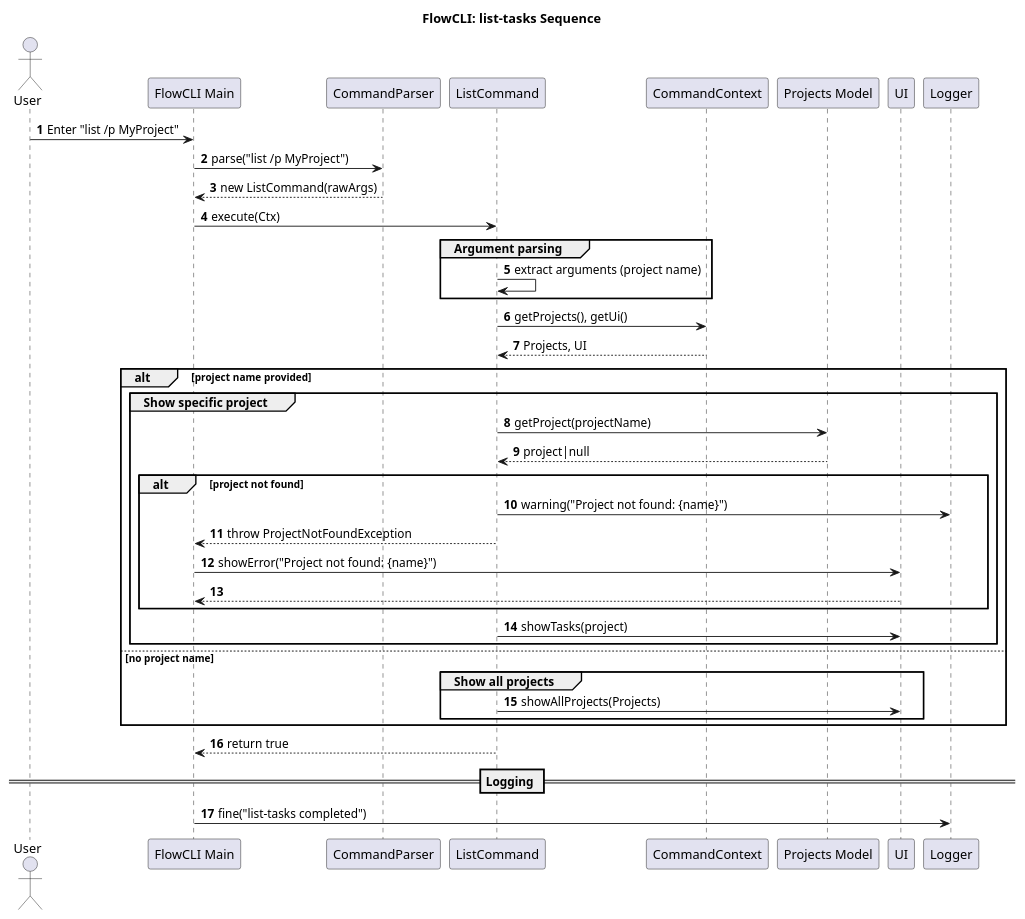
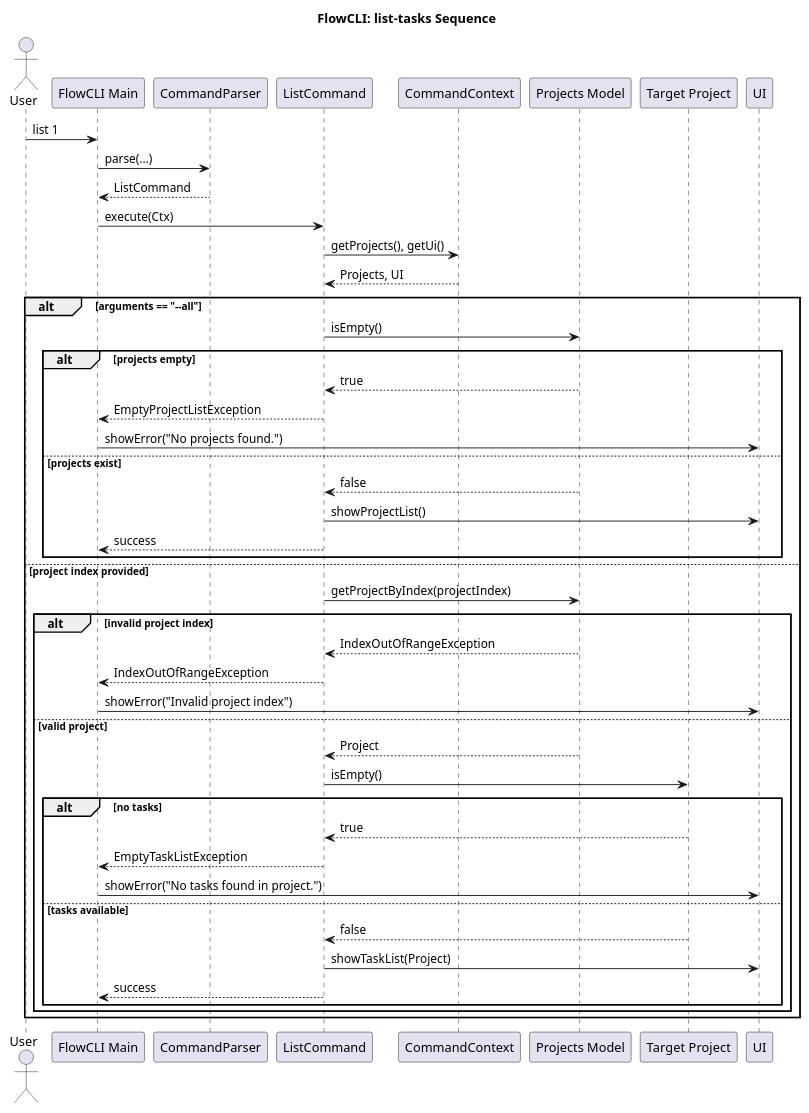
One commit to sean6369/tp changed the diagram in docs/plantUML/task-management/list-tasks-sequence-diagram.puml. Above: the diagram before and after it, drawn with PlantUML. The commit also changed 9 other files, not shown here.

Commit message:
update task mgmt plantUML diagrams

```diff
--- a/docs/plantUML/task-management/list-tasks-sequence-diagram.puml
+++ b/docs/plantUML/task-management/list-tasks-sequence-diagram.puml
@@ -1,49 +1,56 @@
 @startuml ListTasksSequenceDiagram
 title FlowCLI: list-tasks Sequence
-autonumber
 
 actor User
 participant "FlowCLI Main" as CLI
 participant "CommandParser" as Parser
 participant "ListCommand" as ListCmd
 participant "CommandContext" as Ctx
 participant "Projects Model" as Projects
+participant "Target Project" as Project
 participant "UI" as UI
-participant "Logger" as Log
 
-User -> CLI: Enter "list /p MyProject"
-CLI -> Parser: parse("list /p MyProject")
-Parser --> CLI: new ListCommand(rawArgs)
+User -> CLI: list 1
+CLI -> Parser: parse(...)
+Parser --> CLI: ListCommand
 
 CLI -> ListCmd: execute(Ctx)
-
-group Argument parsing
-  ListCmd -> ListCmd: extract arguments (project name)
-end
 
 ListCmd -> Ctx: getProjects(), getUi()
 Ctx --> ListCmd: Projects, UI
 
-alt project name provided
-  group Show specific project
-    ListCmd -> Projects: getProject(projectName)
-    Projects --> ListCmd: project|null
-    alt project not found
-      ListCmd -> Log: warning("Project not found: {name}")
-      ListCmd --> CLI: throw ProjectNotFoundException
-      CLI -> UI: showError("Project not found: {name}")
-      return
+alt arguments == "--all"
+    ListCmd -> Projects: isEmpty()
+    alt projects empty
+        Projects --> ListCmd: true
+        ListCmd --> CLI: EmptyProjectListException
+        CLI -> UI: showError("No projects found.")
+    else projects exist
+        Projects --> ListCmd: false
+        ListCmd -> UI: showProjectList()
+        ListCmd --> CLI: success
     end
-    ListCmd -> UI: showTasks(project)
-  end
-else no project name
-  group Show all projects
-    ListCmd -> UI: showAllProjects(Projects)
-  end
+else project index provided
+    ListCmd -> Projects: getProjectByIndex(projectIndex)
+
+    alt invalid project index
+        Projects --> ListCmd: IndexOutOfRangeException
+        ListCmd --> CLI: IndexOutOfRangeException
+        CLI -> UI: showError("Invalid project index")
+    else valid project
+        Projects --> ListCmd: Project
+        ListCmd -> Project: isEmpty()
+
+        alt no tasks
+            Project --> ListCmd: true
+            ListCmd --> CLI: EmptyTaskListException
+            CLI -> UI: showError("No tasks found in project.")
+        else tasks available
+            Project --> ListCmd: false
+            ListCmd -> UI: showTaskList(Project)
+            ListCmd --> CLI: success
+        end
+    end
 end
 
-ListCmd --> CLI: return true
-== Logging ==
-CLI -> Log: fine("list-tasks completed")
-
 @enduml
```
